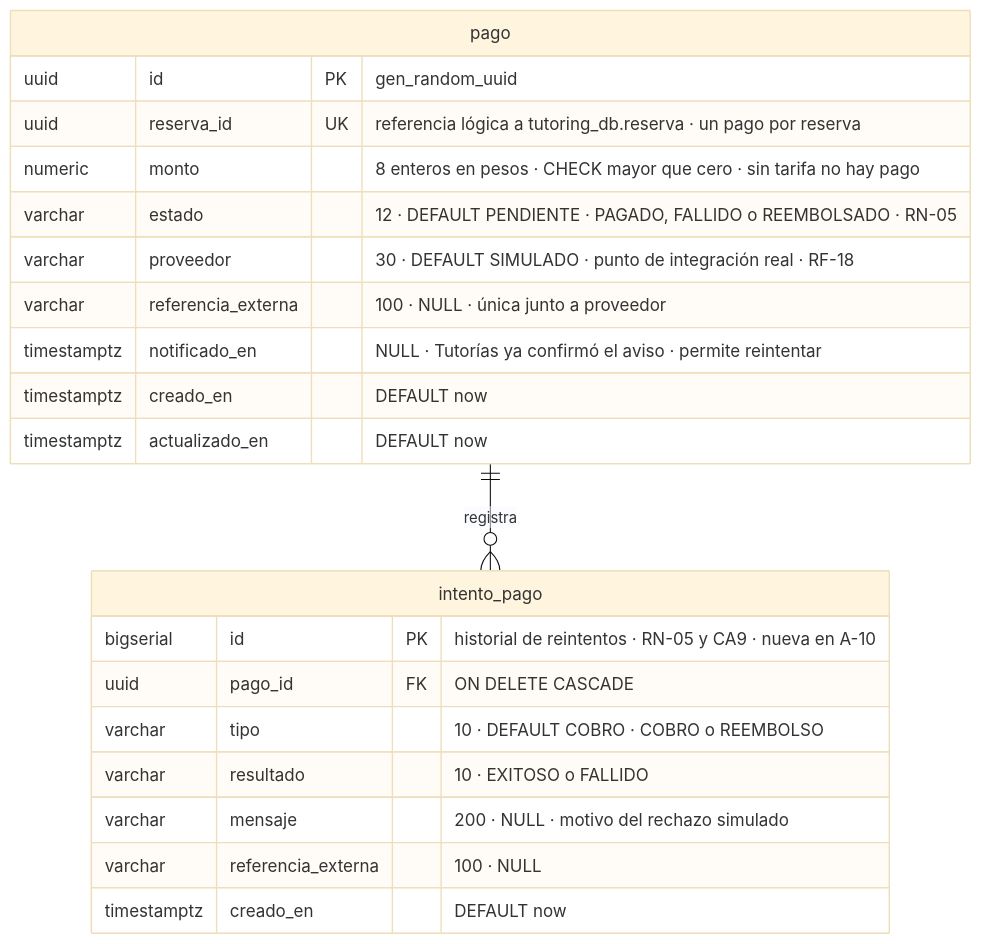
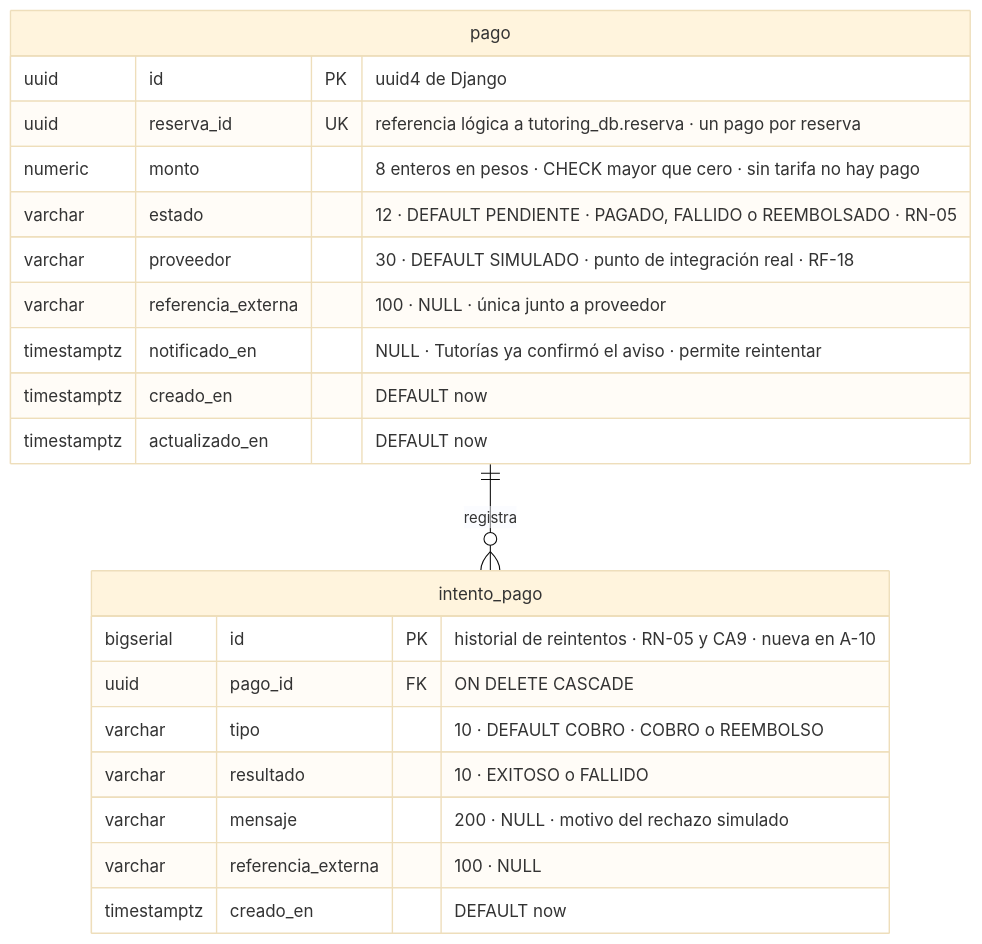
The diagram in Fase 2/Evidencias Proyecto/Evidencias de sistema/Base de datos/diagramas/04_payment_db.mmd (Bacchi701/Plataforma-web-tutorias), drawn with Mermaid (base theme) before and after one commit. The commit also changed 92 other files, not shown here.

```diff
--- a/Fase 2/Evidencias Proyecto/Evidencias de sistema/Base de datos/diagramas/04_payment_db.mmd
+++ b/Fase 2/Evidencias Proyecto/Evidencias de sistema/Base de datos/diagramas/04_payment_db.mmd
@@ -1,31 +1,32 @@
-%% Pilar 2 · Anexo A v1.3 — Modelo de datos · Diagrama 4 de 5
+%% Pilar 2 · Anexo A v1.6 — Modelo de datos · Diagrama 4 de 5
 %% payment_db — Servicio de Pagos · 2 tablas
 %% Los trece ajustes A-01 a A-13 quedaron aprobados el 14-09-2026.
-%% Modelo IMPLEMENTADO el 30-09-2026 (migraciones de la semana 8). Difiere del anexo A
-%% en lo que dejo la revision de 3FN: ver la presentacion de normalizacion.
+%% Es el modelo implementado: las migraciones del 01-10-2026, con la revisión de normalización
+%% del 30-09-2026. Coincide con el anexo A v1.6.
+%% Los DEFAULT y los ON DELETE los aplica Django, no la base (anexo A, sección 2).
 %% Pagos no conoce usuarios ni asignaturas: solo reservas y montos.
 %% Si el componente se retira, estas dos tablas desaparecen y reserva.estado_pago queda en nulo.
 erDiagram
     pago {
-        uuid id PK "gen_random_uuid"
+        uuid id PK "uuid4 de Django"
         uuid reserva_id UK "referencia lógica a tutoring_db.reserva · un pago por reserva"
         numeric monto "8 enteros en pesos · CHECK mayor que cero · sin tarifa no hay pago"
         varchar estado "12 · DEFAULT PENDIENTE · PAGADO, FALLIDO o REEMBOLSADO · RN-05"
         varchar proveedor "30 · DEFAULT SIMULADO · punto de integración real · RF-18"
         varchar referencia_externa "100 · NULL · única junto a proveedor"
         timestamptz notificado_en "NULL · Tutorías ya confirmó el aviso · permite reintentar"
         timestamptz creado_en "DEFAULT now"
         timestamptz actualizado_en "DEFAULT now"
     }
 
     intento_pago {
         bigserial id PK "historial de reintentos · RN-05 y CA9 · nueva en A-10"
         uuid pago_id FK "ON DELETE CASCADE"
         varchar tipo "10 · DEFAULT COBRO · COBRO o REEMBOLSO"
         varchar resultado "10 · EXITOSO o FALLIDO"
         varchar mensaje "200 · NULL · motivo del rechazo simulado"
         varchar referencia_externa "100 · NULL"
         timestamptz creado_en "DEFAULT now"
     }
 
     pago ||--o{ intento_pago : "registra"
```
